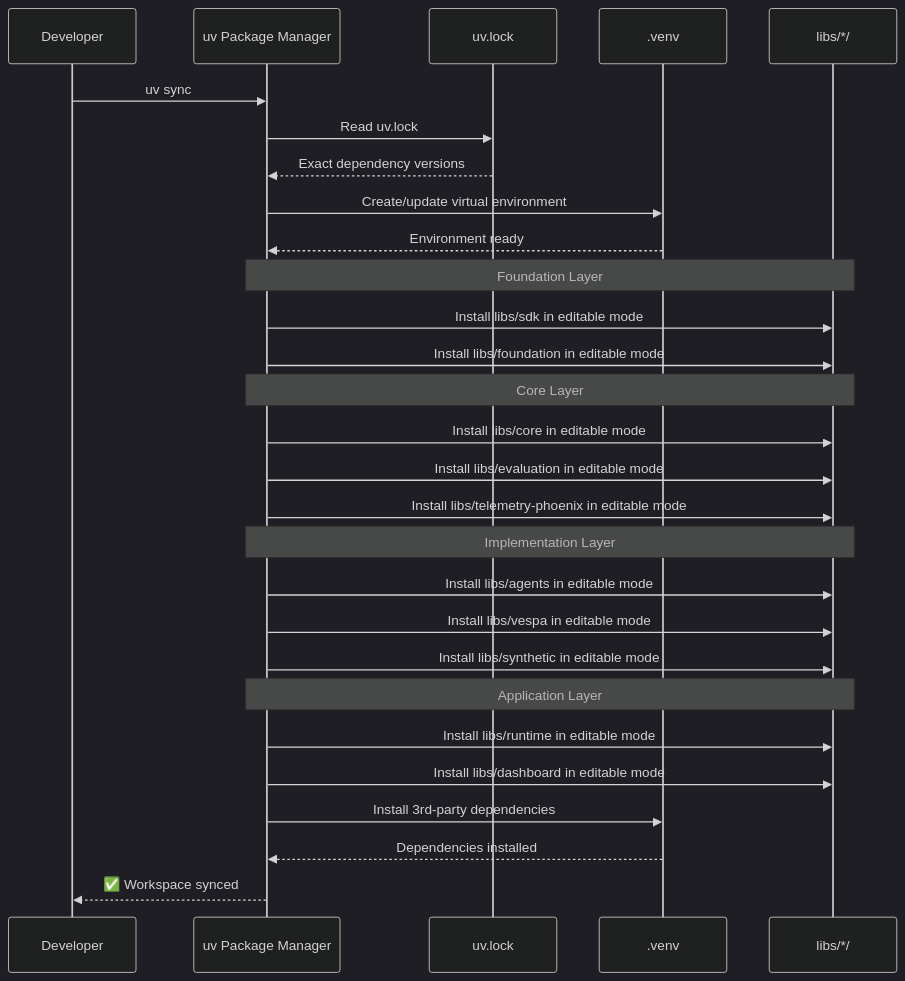
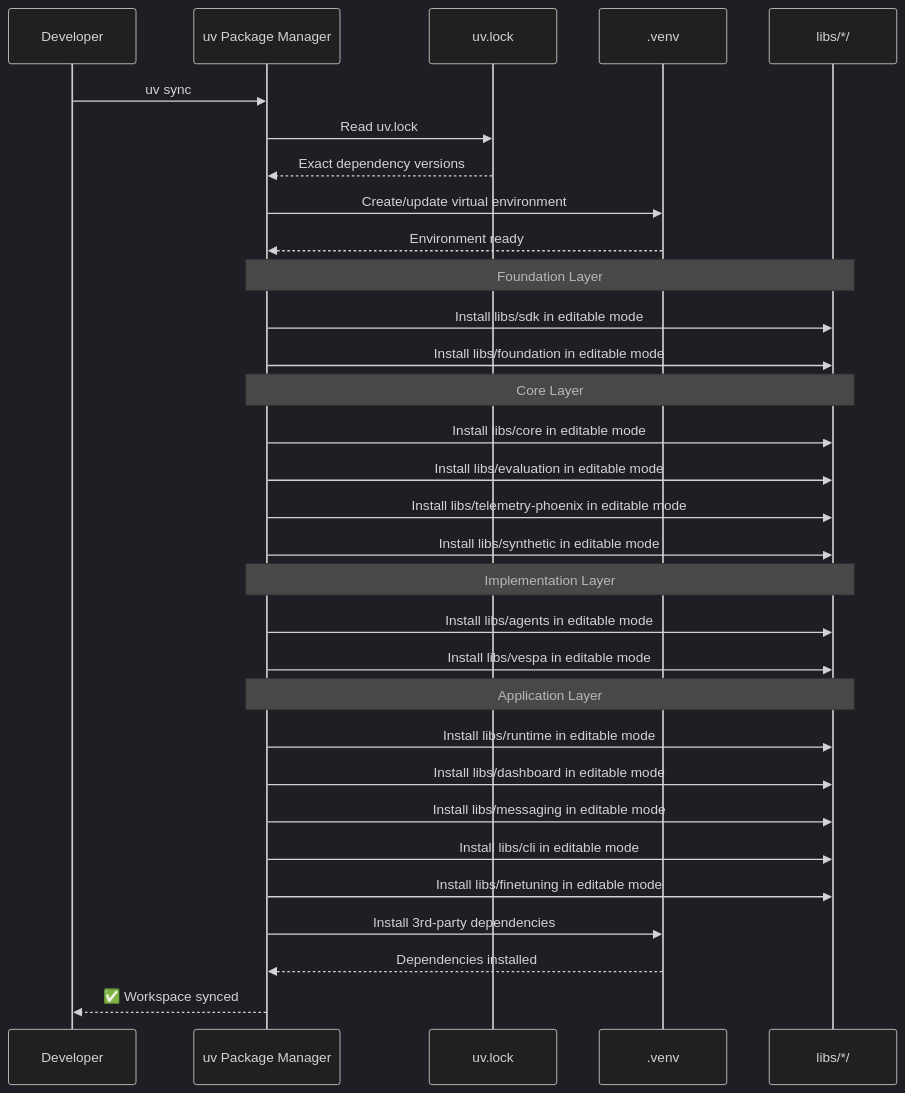
One commit to amit-jain/cogniverse changed diagram 18 of 20 in docs/diagrams/sdk-architecture-diagrams.md. Above: the diagram before and after it, drawn with Mermaid (dark theme). The commit also changed other lines of this file and 19 other files, not shown here.

````diff
--- a/docs/diagrams/sdk-architecture-diagrams.md
+++ b/docs/diagrams/sdk-architecture-diagrams.md
@@ -1026,38 +1052,41 @@
 ```mermaid
 sequenceDiagram
     participant Dev as Developer
     participant UV as uv Package Manager
     participant Lock as uv.lock
     participant VEnv as .venv
     participant Packages as libs/*/
 
     Dev->>UV: uv sync
     UV->>Lock: Read uv.lock
     Lock-->>UV: Exact dependency versions
 
     UV->>VEnv: Create/update virtual environment
     VEnv-->>UV: Environment ready
 
     Note over UV,Packages: Foundation Layer
     UV->>Packages: Install libs/sdk in editable mode
     UV->>Packages: Install libs/foundation in editable mode
 
     Note over UV,Packages: Core Layer
     UV->>Packages: Install libs/core in editable mode
     UV->>Packages: Install libs/evaluation in editable mode
     UV->>Packages: Install libs/telemetry-phoenix in editable mode
+    UV->>Packages: Install libs/synthetic in editable mode
 
     Note over UV,Packages: Implementation Layer
     UV->>Packages: Install libs/agents in editable mode
     UV->>Packages: Install libs/vespa in editable mode
-    UV->>Packages: Install libs/synthetic in editable mode
 
     Note over UV,Packages: Application Layer
     UV->>Packages: Install libs/runtime in editable mode
     UV->>Packages: Install libs/dashboard in editable mode
+    UV->>Packages: Install libs/messaging in editable mode
+    UV->>Packages: Install libs/cli in editable mode
+    UV->>Packages: Install libs/finetuning in editable mode
 
     UV->>VEnv: Install 3rd-party dependencies
     VEnv-->>UV: Dependencies installed
 
     UV-->>Dev: ✅ Workspace synced
 ```
````
